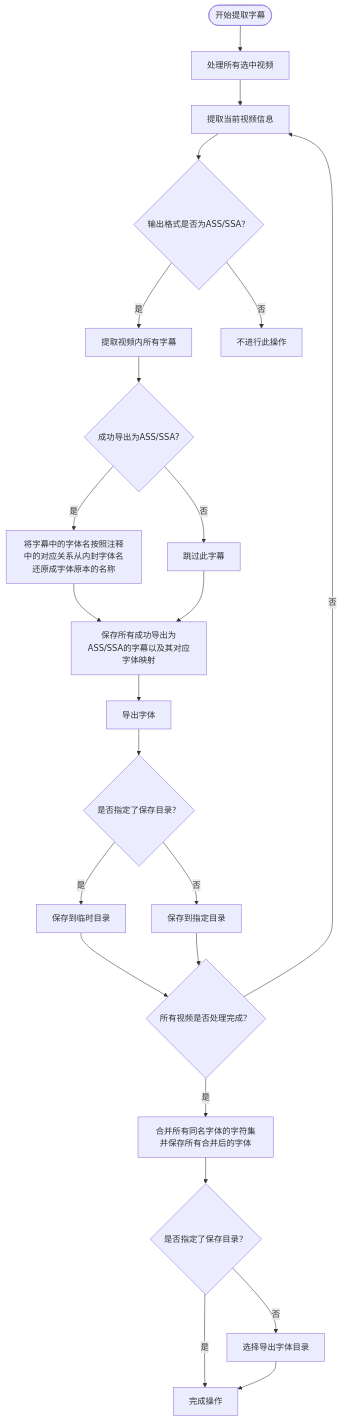
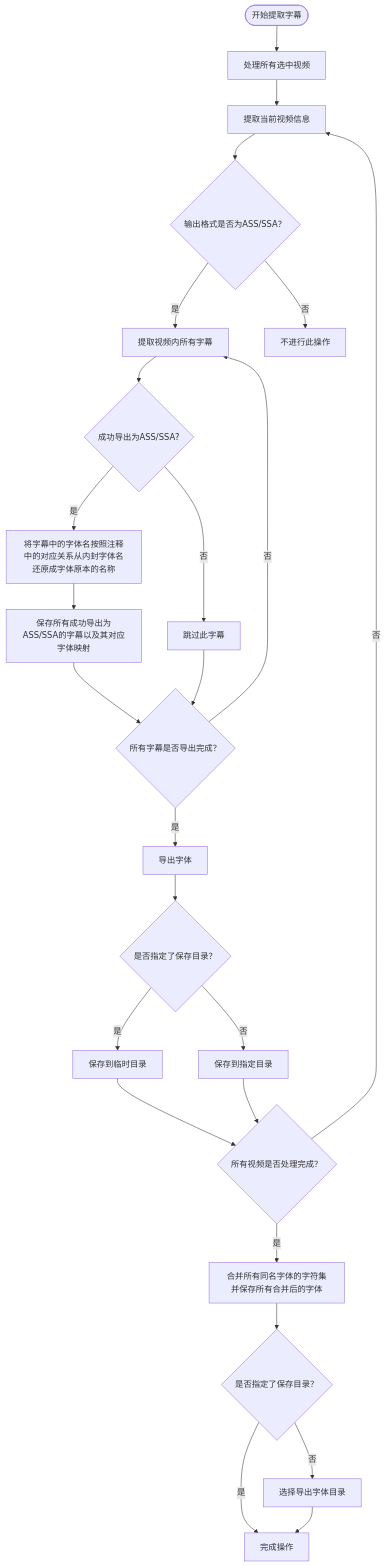
The second of 4 diagrams in README.md (TCBOMC/Subtitle-Exporter), drawn with Mermaid before and after one commit. The commit also changed other lines of this file, not shown here.

````diff
--- a/README.md
+++ b/README.md
@@ -92,29 +93,32 @@
     ```mermaid
     flowchart TD
     A(["开始提取字幕"]) --> B["处理所有选中视频"]
     C{"输出格式是否为ASS/SSA？"} -- 是 --> D["提取视频内所有字幕"]
     C -- 否 --> E["不进行此操作"]
     B --> n1["提取当前视频信息"]
     n1 --> C
     D --> n8["成功导出为ASS/SSA?"]
-    n2["保存所有成功导出为ASS/SSA的字幕以及其对应字体映射"] --> n3["导出字体"]
-    n3 --> n10["是否指定了保存目录？"]
+    n2["保存所有成功导出为ASS/SSA的字幕以及其对应字体映射"] --> n16["所有字幕是否导出完成？"]
+    n3["导出字体"] --> n10["是否指定了保存目录？"]
     n5["所有视频是否处理完成？"] -- 是 --> n6["合并所有同名字体的字符集并保存所有合并后的字体"]
     n5 -- 否 --> n1
     n7["将字幕中的字体名按照注释中的对应关系从内封字体名还原成字体原本的名称"] --> n2
     n8 -- 是 --> n7
     n8 -- 否 --> n9["跳过此字幕"]
-    n9 --> n2
+    n9 --> n16
     n10 -- 是 --> n11["保存到临时目录"]
     n10 -- 否 --> n12["保存到指定目录"]
     n11 --> n5
     n12 --> n5
     n6 --> n13["是否指定了保存目录？"]
     n13 -- 是 --> n14["完成操作"]
     n13 -- 否 --> n15["选择导出字体目录"]
     n15 --> n14
+    n16 --是--> n3
+    n16 --否--> D
     n8@{ shape: diam}
+    n16@{ shape: diam}
     n10@{ shape: diam}
     n5@{ shape: diam}
     n13@{ shape: diam}
     ```
````
